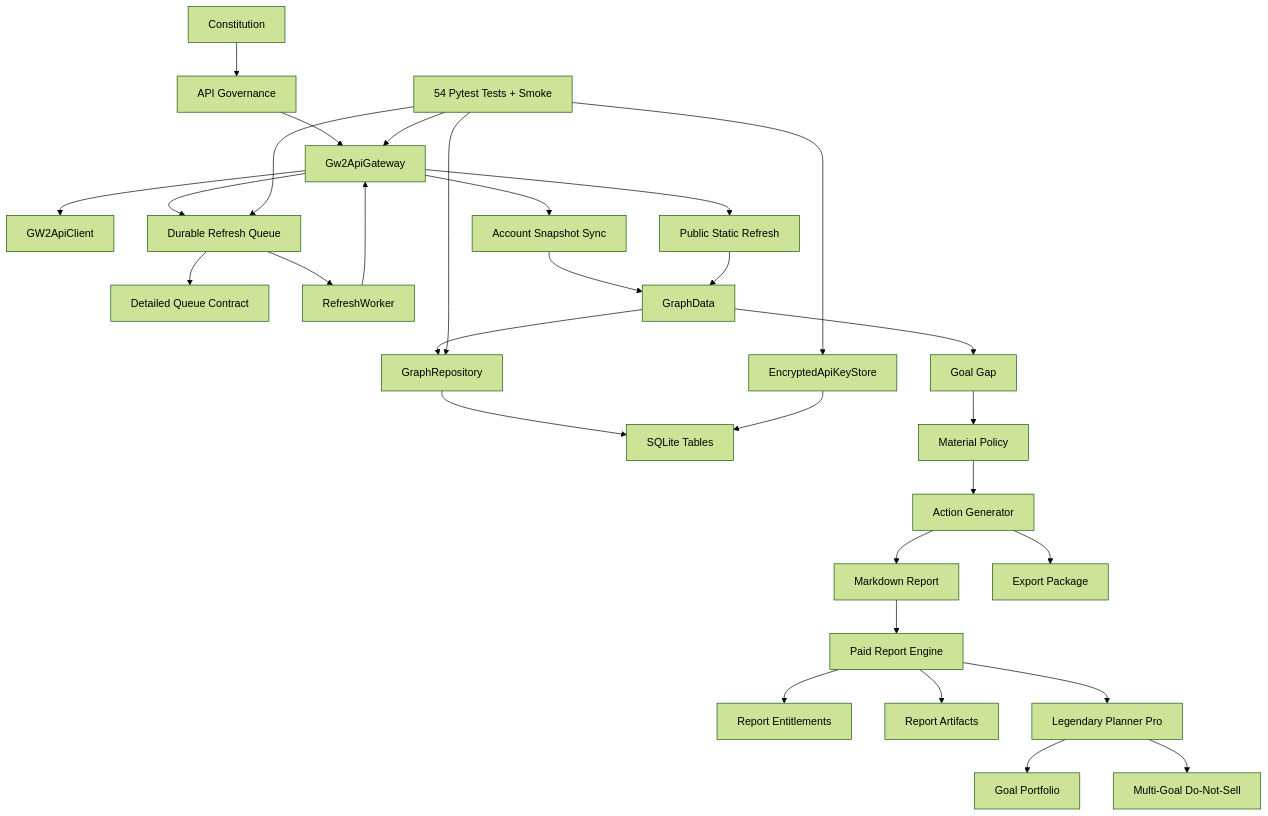
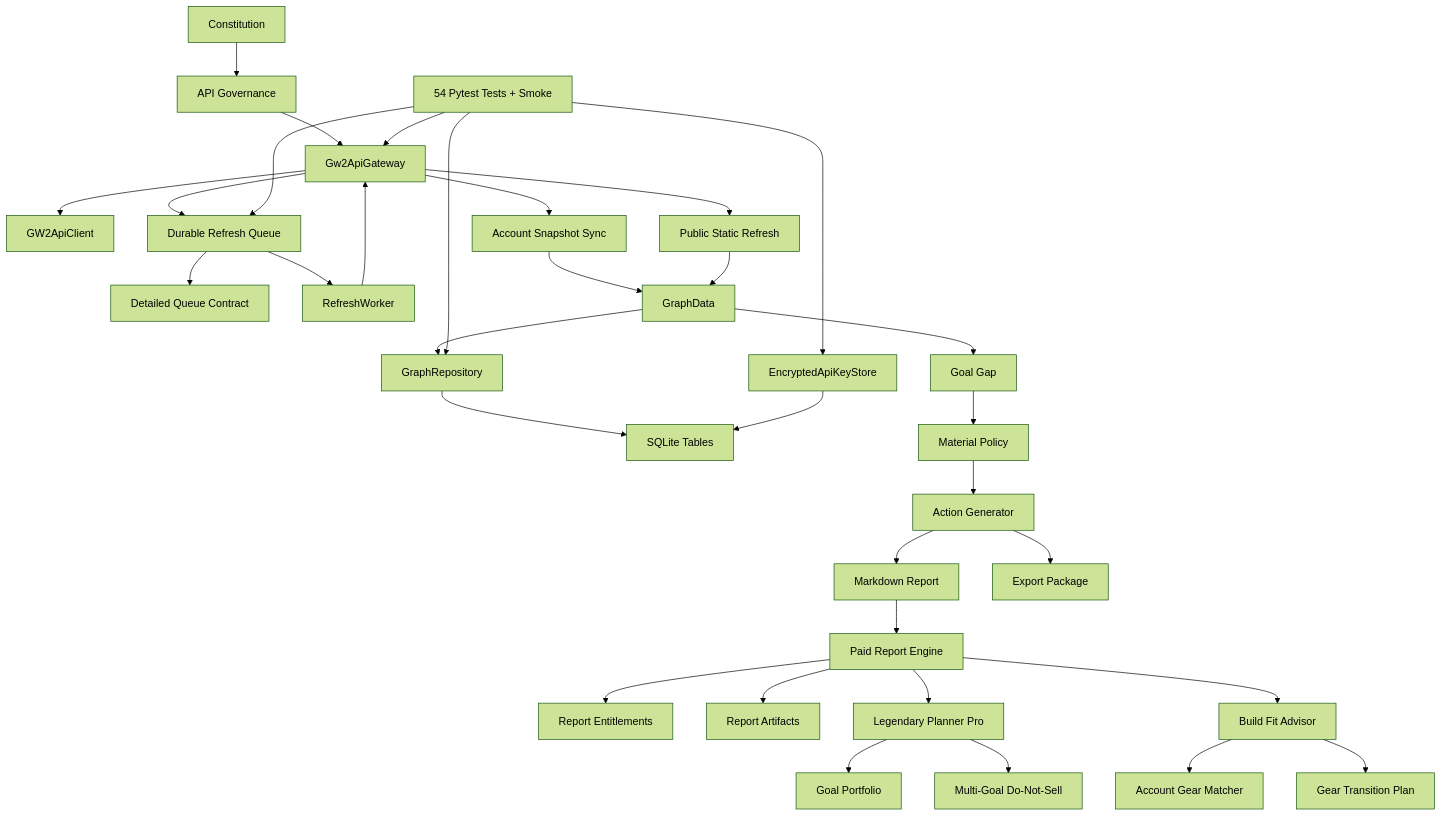
One commit to johnslee1207-commits/gw2radar changed the diagram in docs/analysis/POST_MVP_GRAPH_MATURITY_AND_ROADMAP.md. Above: the diagram before and after it, drawn with Mermaid (forest theme). The commit also changed other lines of this file and 20 other files, not shown here.

Commit message:
Add build fit advisor

````diff
--- a/docs/analysis/POST_MVP_GRAPH_MATURITY_AND_ROADMAP.md
+++ b/docs/analysis/POST_MVP_GRAPH_MATURITY_AND_ROADMAP.md
@@ -39,36 +39,39 @@
 ```mermaid
 flowchart TD
   Constitution["Constitution"] --> Governance["API Governance"]
   Governance --> Gateway["Gw2ApiGateway"]
   Gateway --> Client["GW2ApiClient"]
   Gateway --> Queue["Durable Refresh Queue"]
   Queue --> QueueContract["Detailed Queue Contract"]
   Queue --> Worker["RefreshWorker"]
   Worker --> Gateway
 
   Gateway --> AccountSync["Account Snapshot Sync"]
   Gateway --> PublicRefresh["Public Static Refresh"]
 
   GraphData["GraphData"] --> Repository["GraphRepository"]
   Repository --> SQLite["SQLite Tables"]
   AccountSync --> GraphData
   PublicRefresh --> GraphData
 
   GraphData --> Gap["Goal Gap"]
   Gap --> Policy["Material Policy"]
   Policy --> Actions["Action Generator"]
   Actions --> Report["Markdown Report"]
   Actions --> Package["Export Package"]
   Report --> PaidReports["Paid Report Engine"]
   PaidReports --> Entitlements["Report Entitlements"]
   PaidReports --> Artifacts["Report Artifacts"]
   PaidReports --> LegendaryPro["Legendary Planner Pro"]
   LegendaryPro --> Portfolio["Goal Portfolio"]
   LegendaryPro --> DoNotSell["Multi-Goal Do-Not-Sell"]
+  PaidReports --> BuildFit["Build Fit Advisor"]
+  BuildFit --> GearMatcher["Account Gear Matcher"]
+  BuildFit --> TransitionPlan["Gear Transition Plan"]
 
   KeyStore["EncryptedApiKeyStore"] --> SQLite
   Tests["54 Pytest Tests + Smoke"] --> Gateway
   Tests --> Queue
   Tests --> Repository
   Tests --> KeyStore
 ```
````
